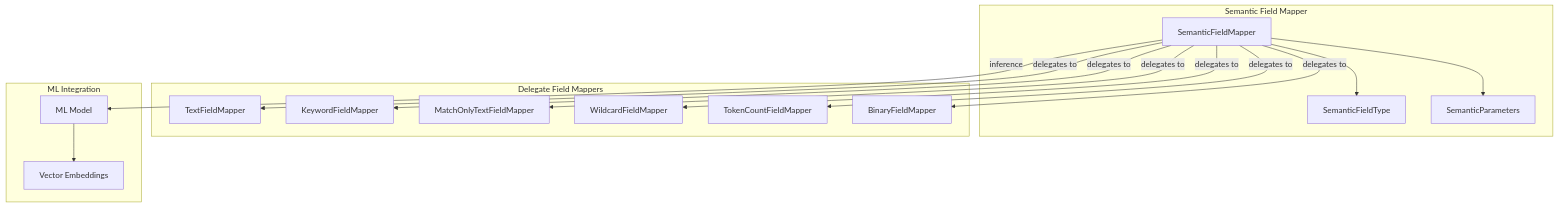
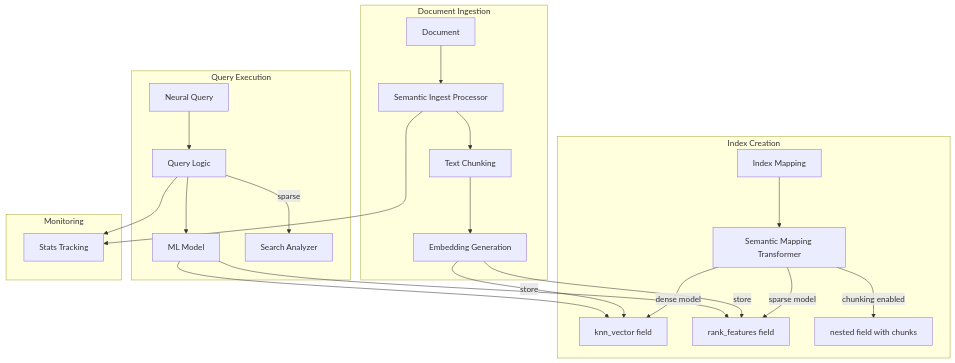
Before and after one commit to tkykenmt/opensearch-feature-explorer: the first of 2 diagrams in docs/features/neural-search/semantic-field.md, drawn with Mermaid. The commit also changed other lines of this file and 2 other files, not shown here.

Commit message:
docs: add Semantic Field report for v3.1.0 (#1019)

````diff
--- a/docs/features/neural-search/semantic-field.md
+++ b/docs/features/neural-search/semantic-field.md
@@ -11,33 +11,48 @@
 ```mermaid
 graph TB
-    subgraph "Semantic Field Mapper"
-        SFM[SemanticFieldMapper]
-        SFT[SemanticFieldType]
-        SP[SemanticParameters]
+    subgraph "Index Creation"
+        Mapping[Index Mapping]
+        SMT[Semantic Mapping Transformer]
+        KNN[knn_vector field]
+        RF[rank_features field]
+        Nested[nested field with chunks]
     end
     
-    subgraph "Delegate Field Mappers"
-        TFM[TextFieldMapper]
-        KFM[KeywordFieldMapper]
-        MOTFM[MatchOnlyTextFieldMapper]
-        WFM[WildcardFieldMapper]
-        TCM[TokenCountFieldMapper]
-        BFM[BinaryFieldMapper]
+    subgraph "Document Ingestion"
+        Doc[Document]
+        SIP[Semantic Ingest Processor]
+        Chunking[Text Chunking]
+        Embedding[Embedding Generation]
     end
     
-    subgraph "ML Integration"
+    subgraph "Query Execution"
+        Query[Neural Query]
+        QL[Query Logic]
         Model[ML Model]
-        Embeddings[Vector Embeddings]
+        Analyzer[Search Analyzer]
     end
     
-    SFM --> SP
-    SFM --> SFT
-    SFM -->|delegates to| TFM
-    SFM -->|delegates to| KFM
-    SFM -->|delegates to| MOTFM
-    SFM -->|delegates to| WFM
-    SFM -->|delegates to| TCM
-    SFM -->|delegates to| BFM
-    SFM -->|inference| Model
-    Model --> Embeddings
+    subgraph "Monitoring"
+        Stats[Stats Tracking]
+    end
+    
+    Mapping --> SMT
+    SMT -->|dense model| KNN
+    SMT -->|sparse model| RF
+    SMT -->|chunking enabled| Nested
+    
+    Doc --> SIP
+    SIP --> Chunking
+    Chunking --> Embedding
+    Embedding -->|store| KNN
+    Embedding -->|store| RF
+    
+    Query --> QL
+    QL --> Model
+    QL -->|sparse| Analyzer
+    Model --> KNN
+    Model --> RF
+    
+    SIP --> Stats
+    QL --> Stats
 ```
````
